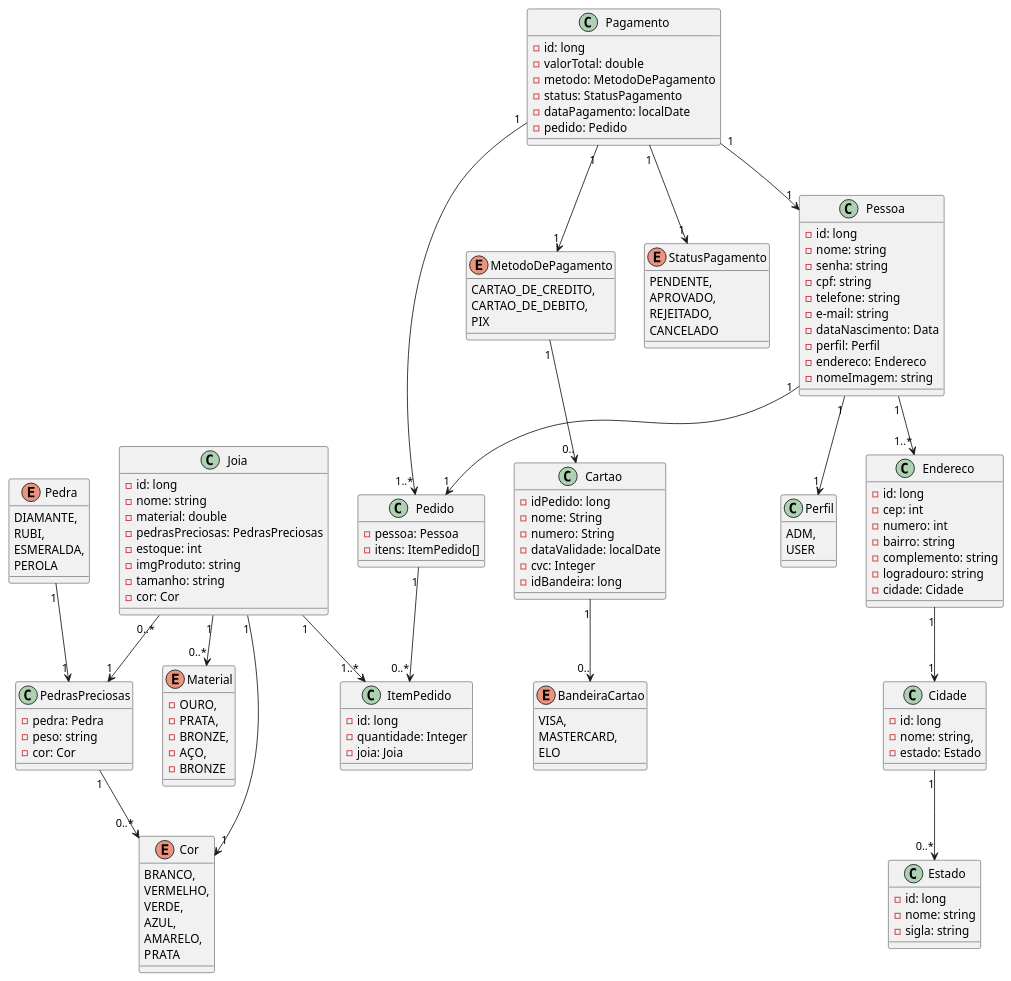
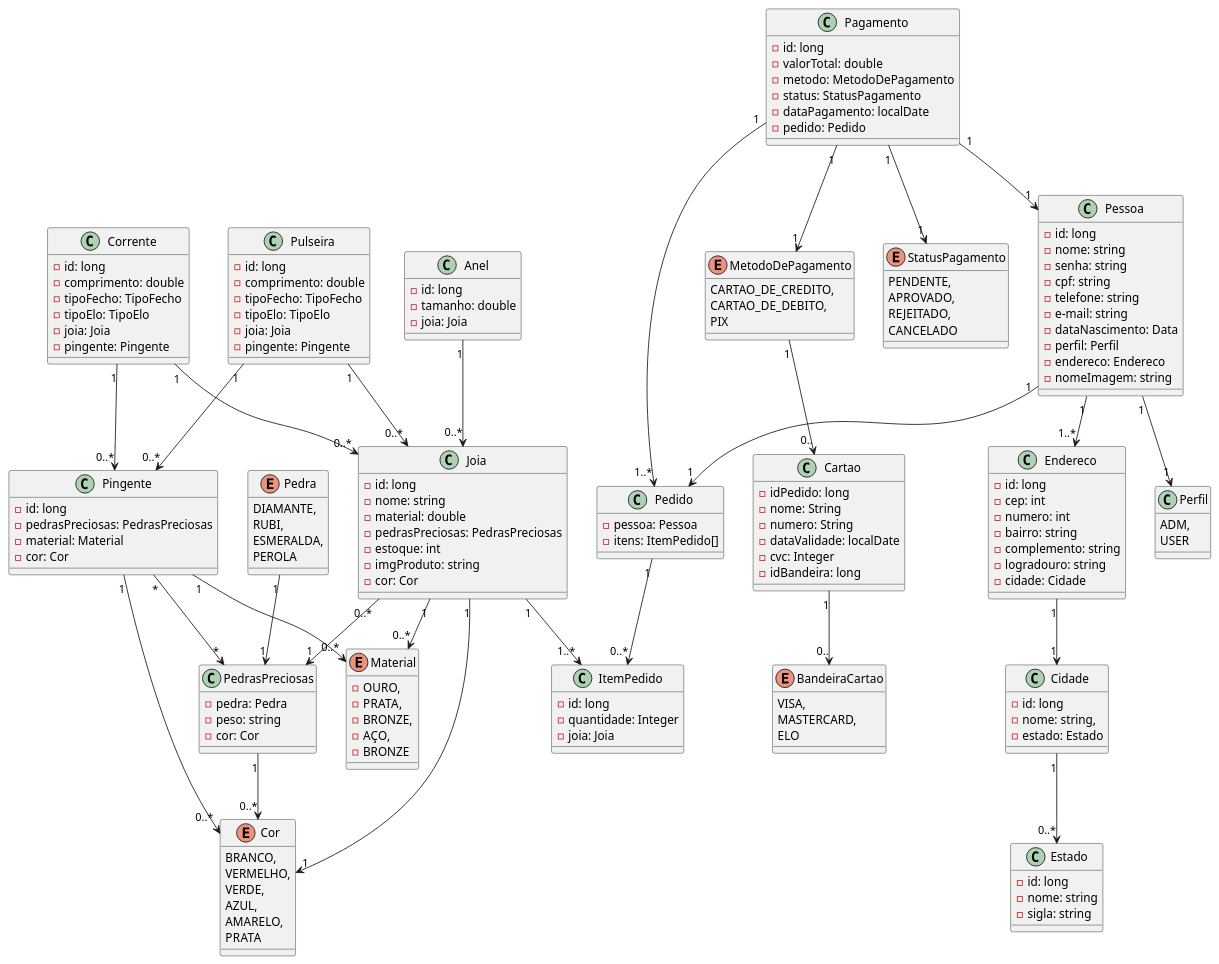
One commit to ThiagoShowza/back-end-topicos2 changed the diagram in src/main/resources/docs/diagrama.plantuml. Above: the diagram before and after it, drawn with PlantUML.

Commit message:
diagrama uml

```diff
--- a/src/main/resources/docs/diagrama.plantuml
+++ b/src/main/resources/docs/diagrama.plantuml
@@ -1,16 +1,46 @@
 @startuml diagrama
 
 class Joia {
-
     - id: long
     - nome: string
     - material: double
     - pedrasPreciosas: PedrasPreciosas
     - estoque: int
     - imgProduto: string
-    - tamanho: string
     - cor: Cor
 }
+
+class Pulseira {
+      - id: long
+      - comprimento: double
+      - tipoFecho: TipoFecho
+      - tipoElo: TipoElo
+      - joia: Joia
+      - pingente: Pingente
+}
+
+class Corrente {
+      - id: long
+      - comprimento: double
+      - tipoFecho: TipoFecho
+      - tipoElo: TipoElo
+      - joia: Joia
+      - pingente: Pingente
+}
+
+class Anel {
+      - id: long
+      - tamanho: double
+      - joia: Joia
+}
+
+class Pingente {
+      - id: long
+      - pedrasPreciosas: PedrasPreciosas
+      - material: Material
+      - cor: Cor
+}
+
 
 enum Material{
     - OURO,
@@ -133,6 +163,21 @@
     - sigla: string
 }
 
+Pingente "1" --> "0..*" Cor
+
+Pingente "1" --> "0..*" Material
+
+Pingente "*" --> "*" PedrasPreciosas
+
+Pulseira "1" --> "0..*" Pingente
+
+Corrente "1" --> "0..*" Pingente
+
+Corrente "1" --> "0..*" Joia
+
+Anel "1" --> "0..*" Joia
+
+Pulseira "1" --> "0..*" Joia
 
 Joia "1" --> "1..*" ItemPedido
 
```
